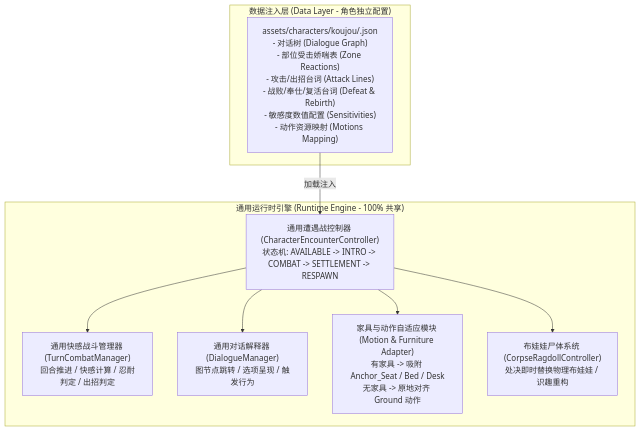
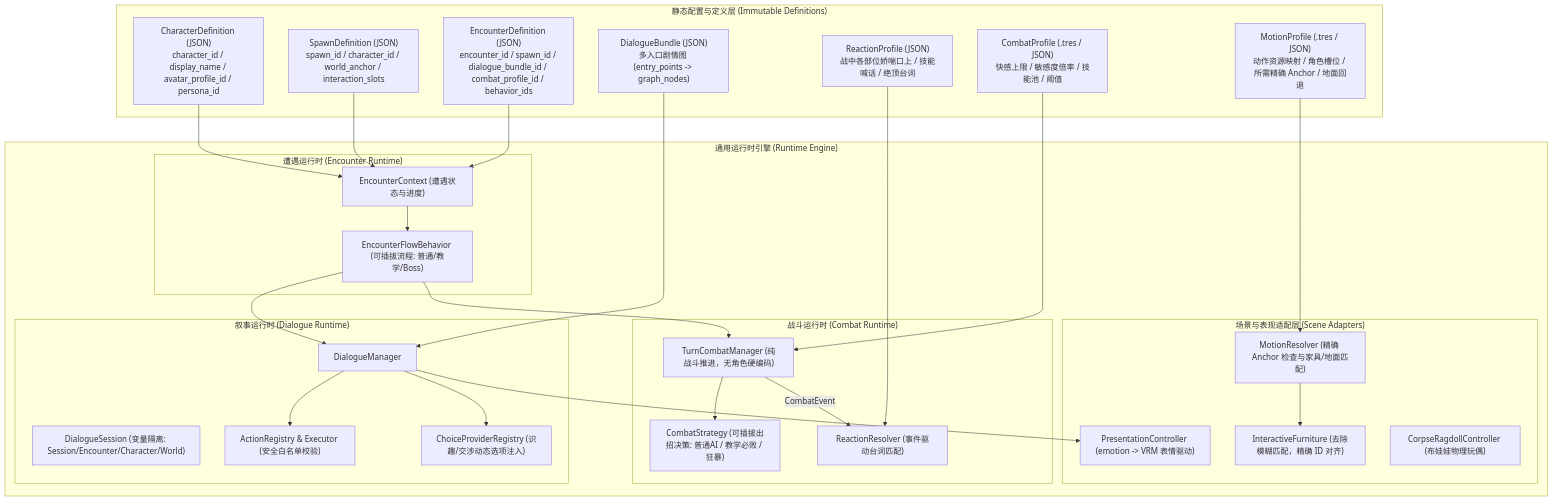
Before and after one commit to maru044/prism-route: the first of 2 diagrams in plans/npc_koujou_injection_architecture_plan.md, drawn with Mermaid. The commit also changed other lines of this file and 36 other files, not shown here.

Commit message:
feat(npc): implement universal data-driven koujou architecture and keqing pilot acceptance

````diff
--- a/plans/npc_koujou_injection_architecture_plan.md
+++ b/plans/npc_koujou_injection_architecture_plan.md
@@ -24,20 +32,57 @@
 ```mermaid
 flowchart TD
-    subgraph DataLayer["数据注入层 (Data Layer - 角色独立配置)"]
-        KoujouJson["assets/characters/koujou/<character_id>.json<br/>- 对话树 (Dialogue Graph)<br/>- 部位受击娇喘表 (Zone Reactions)<br/>- 攻击/出招台词 (Attack Lines)<br/>- 战败/奉仕/复活台词 (Defeat & Rebirth)<br/>- 敏感度数值配置 (Sensitivities)<br/>- 动作资源映射 (Motions Mapping)"]
+    subgraph DefLayer["静态配置与定义层 (Immutable Definitions)"]
+        CharDef["CharacterDefinition (JSON)<br/>character_id / display_name / avatar_profile_id / persona_id"]
+        SpawnDef["SpawnDefinition (JSON)<br/>spawn_id / character_id / world_anchor / interaction_slots"]
+        EncDef["EncounterDefinition (JSON)<br/>encounter_id / spawn_id / dialogue_bundle_id / combat_profile_id / behavior_ids"]
+        DiaBundle["DialogueBundle (JSON)<br/>多入口剧情图 (entry_points -> graph_nodes)"]
+        ReactProf["ReactionProfile (JSON)<br/>战中各部位娇喘口上 / 技能喊话 / 绝顶台词"]
+        CombatProf["CombatProfile (.tres / JSON)<br/>快感上限 / 敏感度倍率 / 技能池 / 阈值"]
+        MotionProf["MotionProfile (.tres / JSON)<br/>动作资源映射 / 角色槽位 / 所需精确 Anchor / 地面回退"]
     end
 
-    subgraph RuntimeEngine["通用运行时引擎 (Runtime Engine - 100% 共享)"]
-        EncounterCtrl["通用遭遇战控制器 (CharacterEncounterController)<br/>状态机: AVAILABLE -> INTRO -> COMBAT -> SETTLEMENT -> RESPAWN"]
-        CombatMgr["通用快感战斗管理器 (TurnCombatManager)<br/>回合推进 / 快感计算 / 忍耐判定 / 出招判定"]
-        DialogueMgr["通用对话解释器 (DialogueManager)<br/>图节点跳转 / 选项呈现 / 触发行为"]
-        FurnitureAdapter["家具与动作自适应模块 (Motion & Furniture Adapter)<br/>有家具 -> 吸附 Anchor_Seat / Bed / Desk<br/>无家具 -> 原地对齐 Ground 动作"]
-        CorpseSystem["布娃娃尸体系统 (CorpseRagdollController)<br/>处决即时替换物理布娃娃 / 识趣重构"]
+    subgraph RuntimeLayer["通用运行时引擎 (Runtime Engine)"]
+        subgraph NarrativeEngine["叙事运行时 (Dialogue Runtime)"]
+            DiaMgr["DialogueManager"]
+            DiaSession["DialogueSession (变量隔离: Session/Encounter/Character/World)"]
+            ChoiceProv["ChoiceProviderRegistry (识趣/交涉动态选项注入)"]
+            ActionReg["ActionRegistry & Executor (安全白名单校验)"]
+        end
+
+        subgraph EncounterEngine["遭遇运行时 (Encounter Runtime)"]
+            EncContext["EncounterContext (遭遇状态与进度)"]
+            EncFlow["EncounterFlowBehavior (可插拔流程: 普通/教学/Boss)"]
+        end
+
+        subgraph CombatEngine["战斗运行时 (Combat Runtime)"]
+            CombatMgr["TurnCombatManager (纯战斗推进，无角色硬编码)"]
+            CombatStrat["CombatStrategy (可插拔出招决策: 普通AI / 教学必败 / 狂暴)"]
+            ReactResolv["ReactionResolver (事件驱动台词匹配)"]
+        end
+
+        subgraph SceneAdapter["场景与表现适配层 (Scene Adapters)"]
+            MotionResolv["MotionResolver (精确 Anchor 检查与家具/地面匹配)"]
+            FurnAdapter["InteractiveFurniture (去除模糊匹配，精确 ID 对齐)"]
+            PresentCtrl["PresentationController (emotion -> VRM 表情驱动)"]
+            RagdollCtrl["CorpseRagdollController (布娃娃物理玩偶)"]
+        end
     end
 
-    KoujouJson -->|加载注入| EncounterCtrl
-    EncounterCtrl --> CombatMgr
-    EncounterCtrl --> DialogueMgr
-    EncounterCtrl --> FurnitureAdapter
-    EncounterCtrl --> CorpseSystem
+    CharDef --> EncContext
+    SpawnDef --> EncContext
+    EncDef --> EncContext
+    DiaBundle --> DiaMgr
+    ReactProf --> ReactResolv
+    CombatProf --> CombatMgr
+    MotionProf --> MotionResolv
+
+    EncContext --> EncFlow
+    EncFlow --> DiaMgr
+    EncFlow --> CombatMgr
+    CombatMgr --> CombatStrat
+    CombatMgr -->|CombatEvent| ReactResolv
+    DiaMgr --> ActionReg
+    DiaMgr --> ChoiceProv
+    MotionResolv --> FurnAdapter
+    DiaMgr --> PresentCtrl
 ```
````
